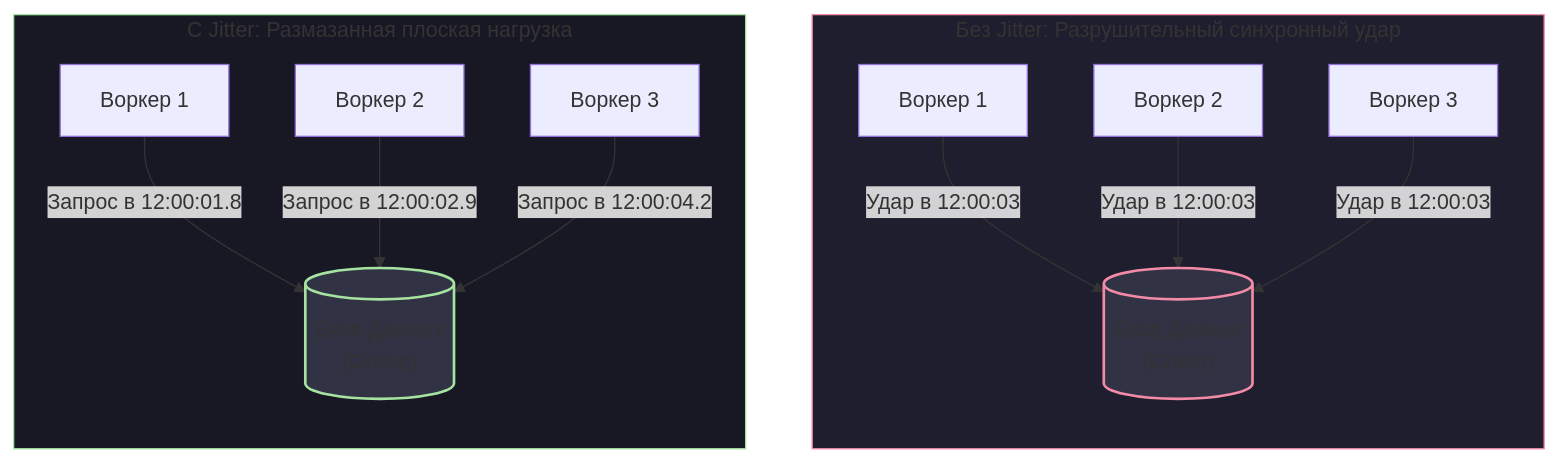
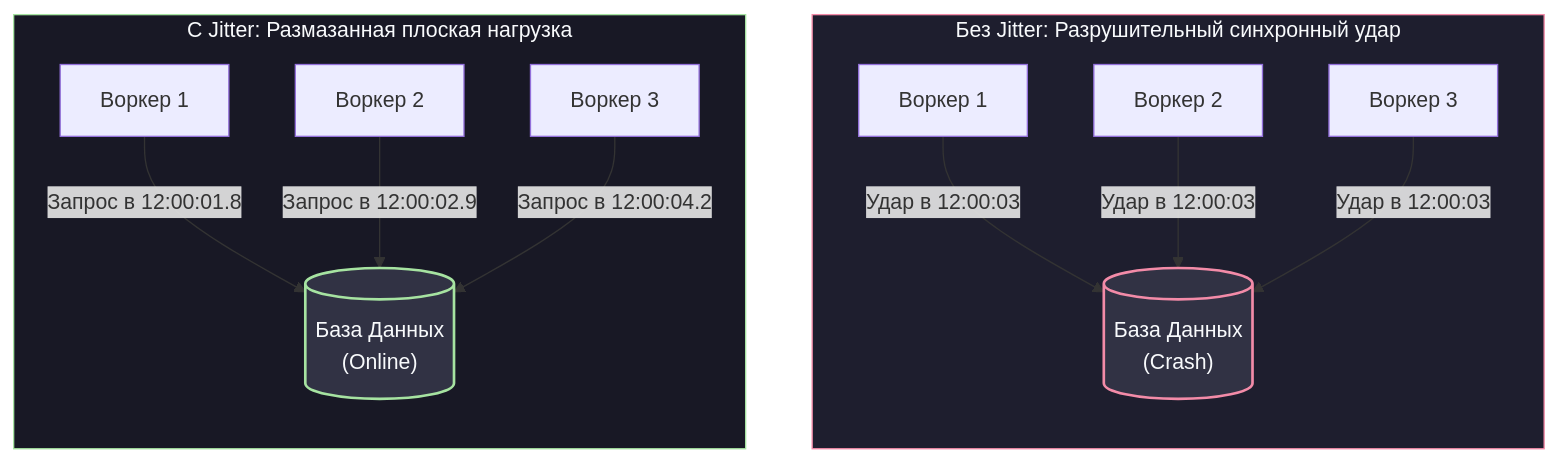
Before and after one commit to UnrealTemplier/go-textbook: the first of 2 diagrams in sources/13. Очереди, брокеры сообщений и оркестраторы/01. Фундамент асинхронности/9. Retry стратегии и exponential backoff.md, drawn with Mermaid. The commit also changed other lines of this file and 310 other files, not shown here.

First line of the commit message:
fix(mermaid): replace light fill colors with dark palette for readability on dark theme

````diff
--- a/sources/13. Очереди, брокеры сообщений и оркестраторы/01. Фундамент асинхронности/9. Retry стратегии и exponential backoff.md
+++ b/sources/13. Очереди, брокеры сообщений и оркестраторы/01. Фундамент асинхронности/9. Retry стратегии и exponential backoff.md
@@ -80,21 +80,21 @@
 ```mermaid
 flowchart TD
     subgraph WithoutJitter ["Без Jitter: Разрушительный синхронный удар"]
         direction TB
         A1["Воркер 1"] -->|Удар в 12:00:03| DB1[("База Данных<br>(Crash)")]
         A2["Воркер 2"] -->|Удар в 12:00:03| DB1
         A3["Воркер 3"] -->|Удар в 12:00:03| DB1
     end
 
     subgraph WithJitter ["С Jitter: Размазанная плоская нагрузка"]
         direction TB
         B1["Воркер 1"] -->|Запрос в 12:00:01.8| DB2[("База Данных<br>(Online)")]
         B2["Воркер 2"] -->|Запрос в 12:00:02.9| DB2
         B3["Воркер 3"] -->|Запрос в 12:00:04.2| DB2
     end
 
-    style WithoutJitter fill:#1e1e2e,stroke:#f38ba8,stroke-width:1px
-    style WithJitter fill:#181825,stroke:#a6e3a1,stroke-width:1px
-    style DB1 fill:#313244,stroke:#f38ba8,stroke-width:2px
-    style DB2 fill:#313244,stroke:#a6e3a1,stroke-width:2px
+    style WithoutJitter fill:#1e1e2e,stroke:#f38ba8,stroke-width:1px,color:#f8fafc
+    style WithJitter fill:#181825,stroke:#a6e3a1,stroke-width:1px,color:#f8fafc
+    style DB1 fill:#313244,stroke:#f38ba8,stroke-width:2px,color:#f8fafc
+    style DB2 fill:#313244,stroke:#a6e3a1,stroke-width:2px,color:#f8fafc
 ```
````
